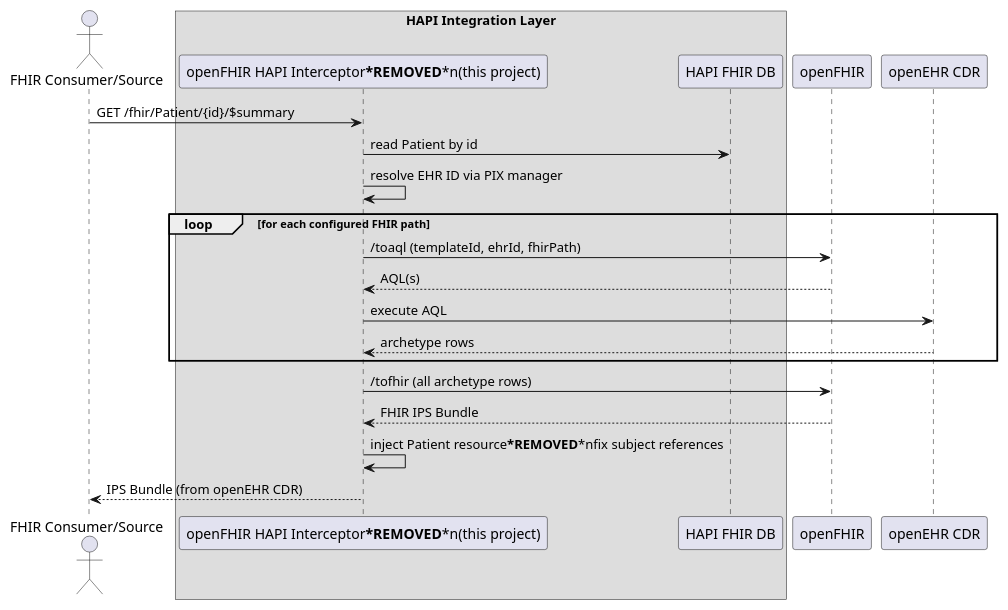
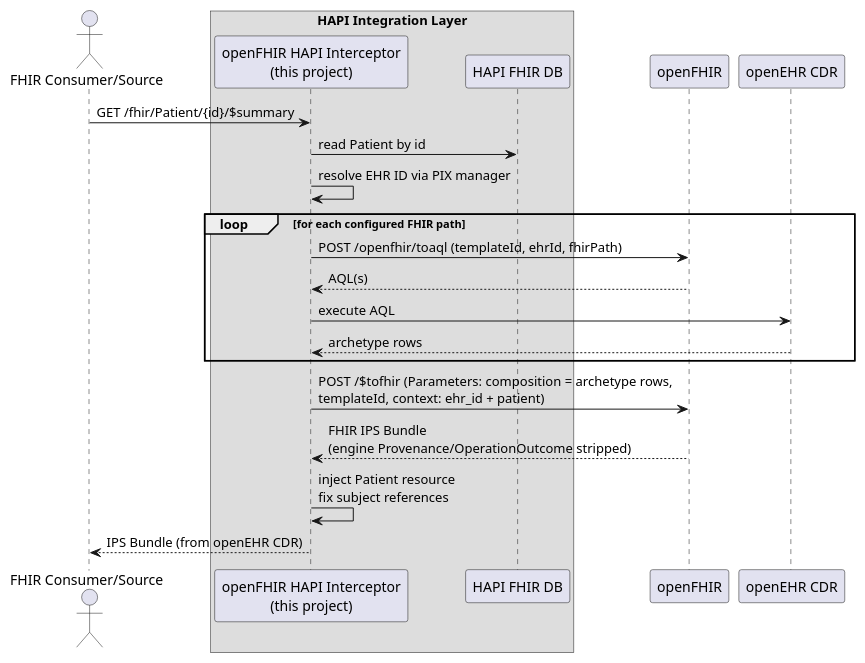
One commit to openFHIR/openfhir-hapi-interceptor changed the diagram in fhir_summary.puml. Above: the diagram before and after it, drawn with PlantUML. The commit also changed 16 other files, not shown here.

Commit message:
openFHIR 3.0.0 migration plus ci pipelines

```diff
--- a/fhir_summary.puml
+++ b/fhir_summary.puml
@@ -1,34 +1,34 @@
 @startuml fhir_summary
 
 actor "FHIR Consumer/Source" as consumer
 
 box "HAPI Integration Layer"
-    participant "openFHIR HAPI Interceptor***REMOVED***n(this project)" as facade
+    participant "openFHIR HAPI Interceptor\n(this project)" as facade
     participant "HAPI FHIR DB" as hapi
 end box
 
 
 participant "openFHIR" as openfhir
 participant "openEHR CDR" as cdr
 
 consumer -> facade : GET /fhir/Patient/{id}/$summary
 
 facade -> hapi : read Patient by id
 
 facade -> facade : resolve EHR ID via PIX manager
 
 loop for each configured FHIR path
-    facade -> openfhir : /toaql (templateId, ehrId, fhirPath)
+    facade -> openfhir : POST /openfhir/toaql (templateId, ehrId, fhirPath)
     openfhir --> facade : AQL(s)
     facade -> cdr : execute AQL
     cdr --> facade : archetype rows
 end
 
-facade -> openfhir : /tofhir (all archetype rows)
-openfhir --> facade : FHIR IPS Bundle
+facade -> openfhir : POST /$tofhir (Parameters: composition = archetype rows,\ntemplateId, context: ehr_id + patient)
+openfhir --> facade : FHIR IPS Bundle\n(engine Provenance/OperationOutcome stripped)
 
-facade -> facade : inject Patient resource***REMOVED***nfix subject references
+facade -> facade : inject Patient resource\nfix subject references
 facade --> consumer : IPS Bundle (from openEHR CDR)
 
 
 @enduml
```
